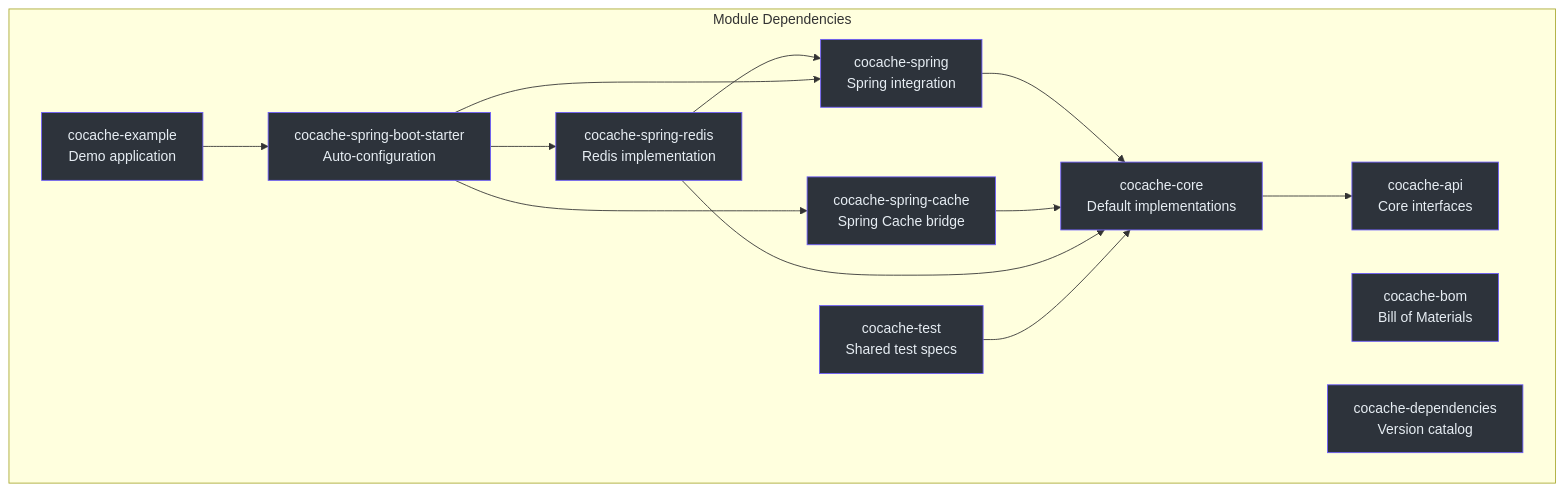
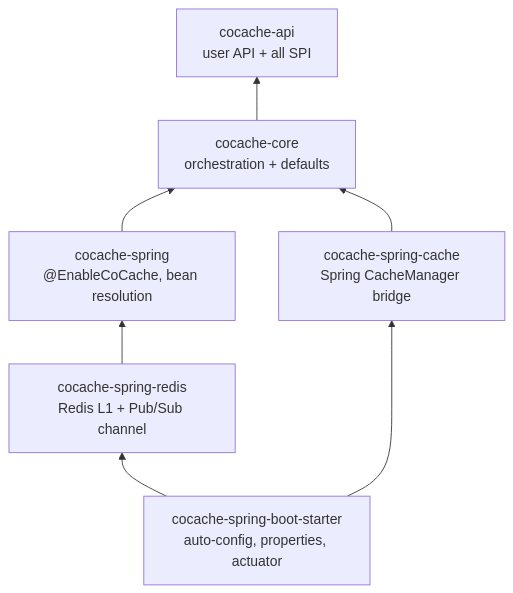
Before and after one commit to Ahoo-Wang/CoCache: the first of 2 diagrams in wiki/architecture/index.md, drawn with Mermaid. The commit also changed other lines of this file and 94 other files, not shown here.

````diff
--- a/wiki/architecture/index.md
+++ b/wiki/architecture/index.md
@@ -14,39 +24,15 @@
 ```mermaid
-graph TD
-    subgraph sg_10 ["Module Dependencies"]
-
-        api["cocache-api<br>Core interfaces"]
-        core["cocache-core<br>Default implementations"]
-        spring["cocache-spring<br>Spring integration"]
-        springCache["cocache-spring-cache<br>Spring Cache bridge"]
-        springRedis["cocache-spring-redis<br>Redis implementation"]
-        springBoot["cocache-spring-boot-starter<br>Auto-configuration"]
-        test["cocache-test<br>Shared test specs"]
-        bom["cocache-bom<br>Bill of Materials"]
-        deps["cocache-dependencies<br>Version catalog"]
-        example["cocache-example<br>Demo application"]
-    end
-
+flowchart BT
+    api["cocache-api<br>user API + all SPI"]
+    core["cocache-core<br>orchestration + defaults"]
+    spring["cocache-spring<br>@EnableCoCache, bean resolution"]
+    redis["cocache-spring-redis<br>Redis L1 + Pub/Sub channel"]
+    scache["cocache-spring-cache<br>Spring CacheManager bridge"]
+    starter["cocache-spring-boot-starter<br>auto-config, properties, actuator"]
     core --> api
     spring --> core
-    springCache --> core
-    springRedis --> core
-    springRedis --> spring
-    springBoot --> spring
-    springBoot --> springCache
-    springBoot --> springRedis
-    test --> core
-    example --> springBoot
-
-    style api fill:#2d333b,stroke:#6d5dfc,color:#e6edf3
-    style core fill:#2d333b,stroke:#6d5dfc,color:#e6edf3
-    style spring fill:#2d333b,stroke:#6d5dfc,color:#e6edf3
-    style springCache fill:#2d333b,stroke:#6d5dfc,color:#e6edf3
-    style springRedis fill:#2d333b,stroke:#6d5dfc,color:#e6edf3
-    style springBoot fill:#2d333b,stroke:#6d5dfc,color:#e6edf3
-    style test fill:#2d333b,stroke:#6d5dfc,color:#e6edf3
-    style bom fill:#2d333b,stroke:#6d5dfc,color:#e6edf3
-    style deps fill:#2d333b,stroke:#6d5dfc,color:#e6edf3
-    style example fill:#2d333b,stroke:#6d5dfc,color:#e6edf3
-
+    redis --> spring
+    scache --> core
+    starter --> redis
+    starter --> scache
 ```
````
